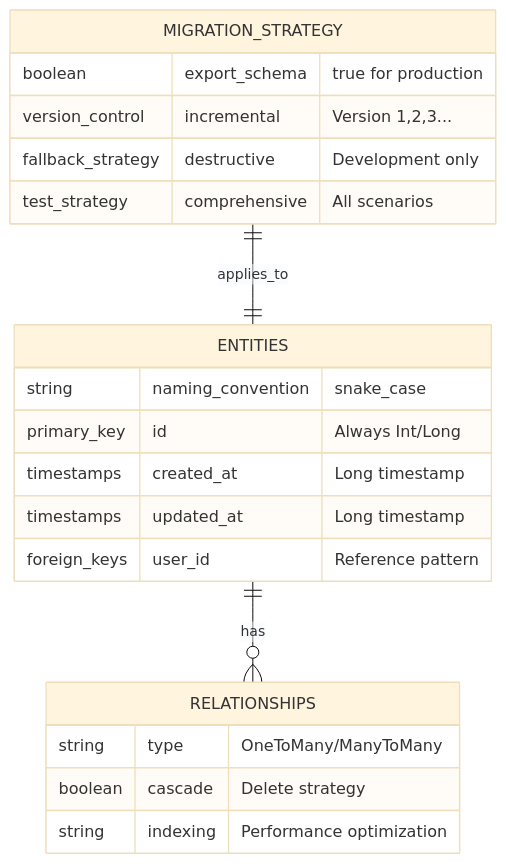
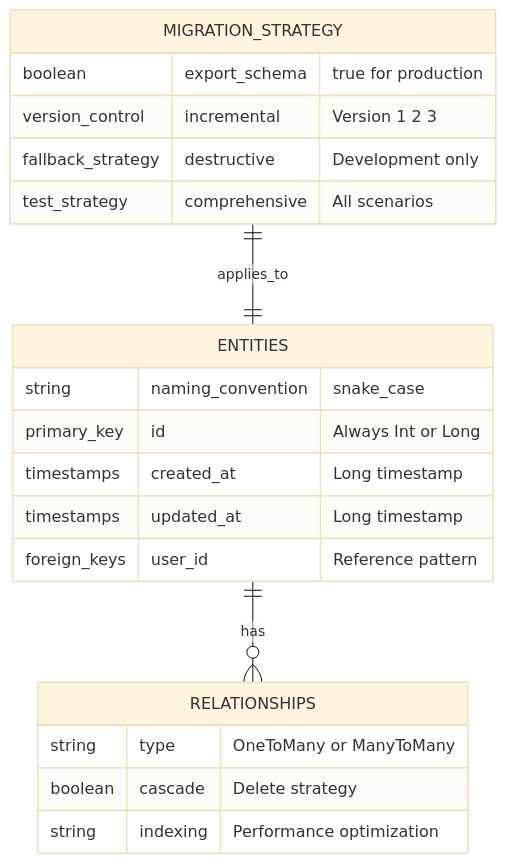
Before and after one commit to shimanukims/android-base: the eighth of 10 diagrams in ARCHITECTURE_GUIDE.md, drawn with Mermaid (base theme). The commit also changed other lines of this file, not shown here.

Commit message:
change architecture guide

````diff
--- a/ARCHITECTURE_GUIDE.md
+++ b/ARCHITECTURE_GUIDE.md
@@ -247,27 +403,27 @@
 ```mermaid
 erDiagram
     ENTITIES ||--o{ RELATIONSHIPS : has
     
     ENTITIES {
         string naming_convention "snake_case"
-        primary_key id "Always Int/Long"
+        primary_key id "Always Int or Long"
         timestamps created_at "Long timestamp"
         timestamps updated_at "Long timestamp"
         foreign_keys user_id "Reference pattern"
     }
     
     RELATIONSHIPS {
-        string type "OneToMany/ManyToMany"
+        string type "OneToMany or ManyToMany"
         boolean cascade "Delete strategy"
         string indexing "Performance optimization"
     }
     
     MIGRATION_STRATEGY ||--|| ENTITIES : applies_to
     
     MIGRATION_STRATEGY {
         boolean export_schema "true for production"
-        version_control incremental "Version 1,2,3..."
+        version_control incremental "Version 1 2 3"
         fallback_strategy destructive "Development only"
         test_strategy comprehensive "All scenarios"
     }
 ```
````
